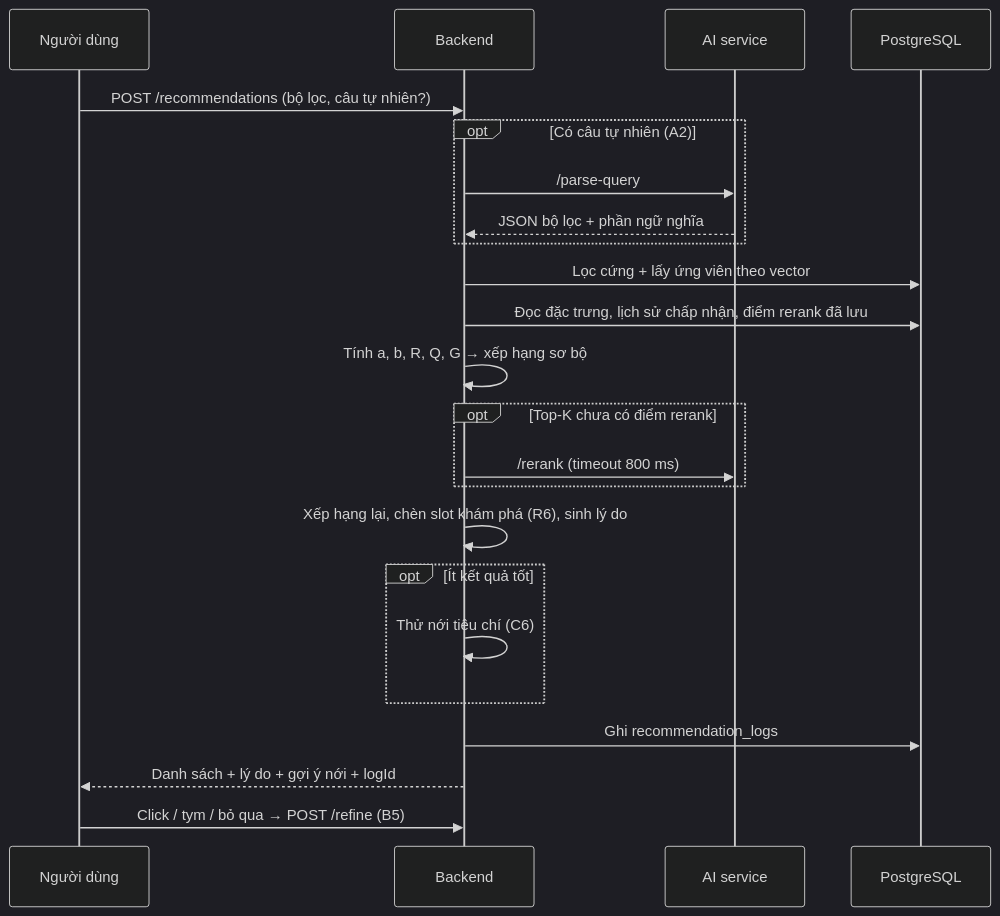
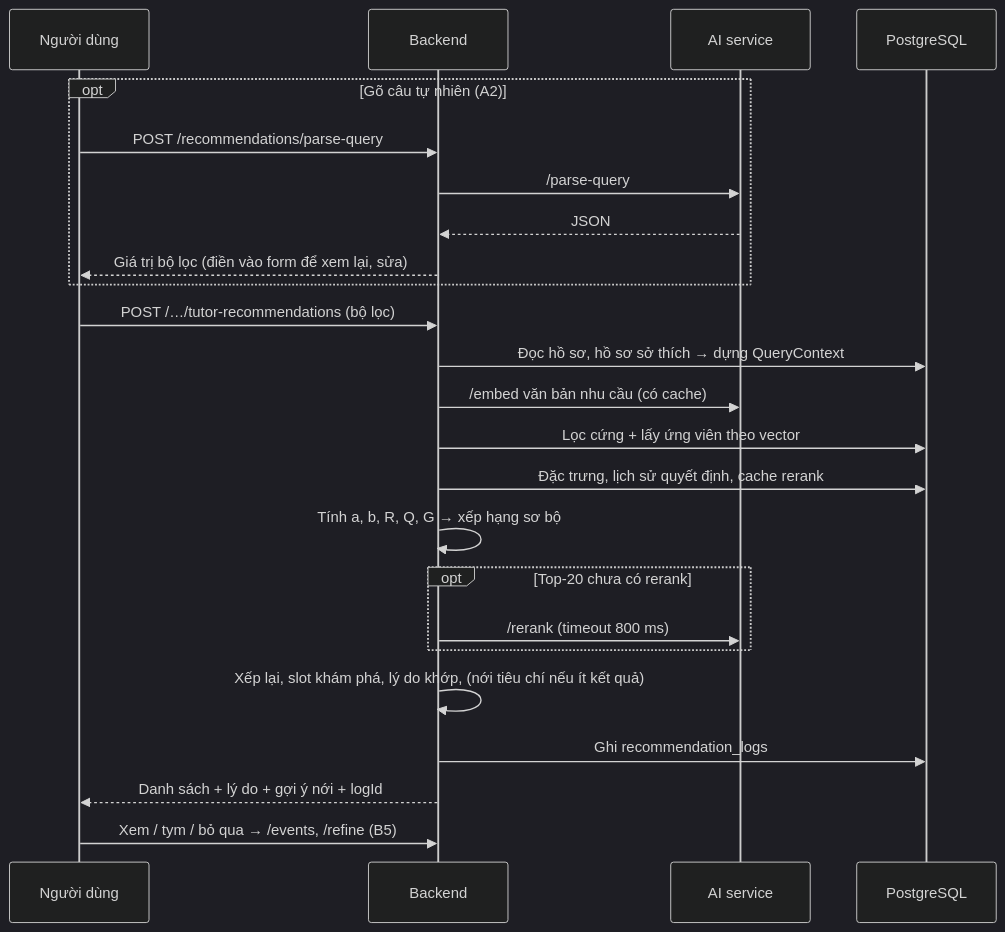
One commit to Vankheeng/ptutor changed the second of 2 diagrams in docs/recommendation/02-kien-truc.md. Above: the diagram before and after it, drawn with Mermaid (dark theme). The commit also changed other lines of this file and 12 other files, not shown here.

Commit message:
docs(recommendation): revise design to search-driven flow

````diff
--- a/docs/recommendation/02-kien-truc.md
+++ b/docs/recommendation/02-kien-truc.md
@@ -69,26 +69,27 @@
 ```mermaid
 sequenceDiagram
     participant U as Người dùng
     participant API as Backend
     participant AI as AI service
     participant DB as PostgreSQL
 
-    U->>API: POST /recommendations (bộ lọc, câu tự nhiên?)
-    opt Có câu tự nhiên (A2)
+    opt Gõ câu tự nhiên (A2)
+        U->>API: POST /recommendations/parse-query
         API->>AI: /parse-query
-        AI-->>API: JSON bộ lọc + phần ngữ nghĩa
+        AI-->>API: JSON
+        API-->>U: Giá trị bộ lọc (điền vào form để xem lại, sửa)
     end
+    U->>API: POST /…/tutor-recommendations (bộ lọc)
+    API->>DB: Đọc hồ sơ, hồ sơ sở thích → dựng QueryContext
+    API->>AI: /embed văn bản nhu cầu (có cache)
     API->>DB: Lọc cứng + lấy ứng viên theo vector
-    API->>DB: Đọc đặc trưng, lịch sử chấp nhận, điểm rerank đã lưu
+    API->>DB: Đặc trưng, lịch sử quyết định, cache rerank
     API->>API: Tính a, b, R, Q, G → xếp hạng sơ bộ
-    opt Top-K chưa có điểm rerank
+    opt Top-20 chưa có rerank
         API->>AI: /rerank (timeout 800 ms)
     end
-    API->>API: Xếp hạng lại, chèn slot khám phá (R6), sinh lý do
-    opt Ít kết quả tốt
-        API->>API: Thử nới tiêu chí (C6)
-    end
+    API->>API: Xếp lại, slot khám phá, lý do khớp, (nới tiêu chí nếu ít kết quả)
     API->>DB: Ghi recommendation_logs
     API-->>U: Danh sách + lý do + gợi ý nới + logId
-    U->>API: Click / tym / bỏ qua → POST /refine (B5)
+    U->>API: Xem / tym / bỏ qua → /events, /refine (B5)
 ```
````
